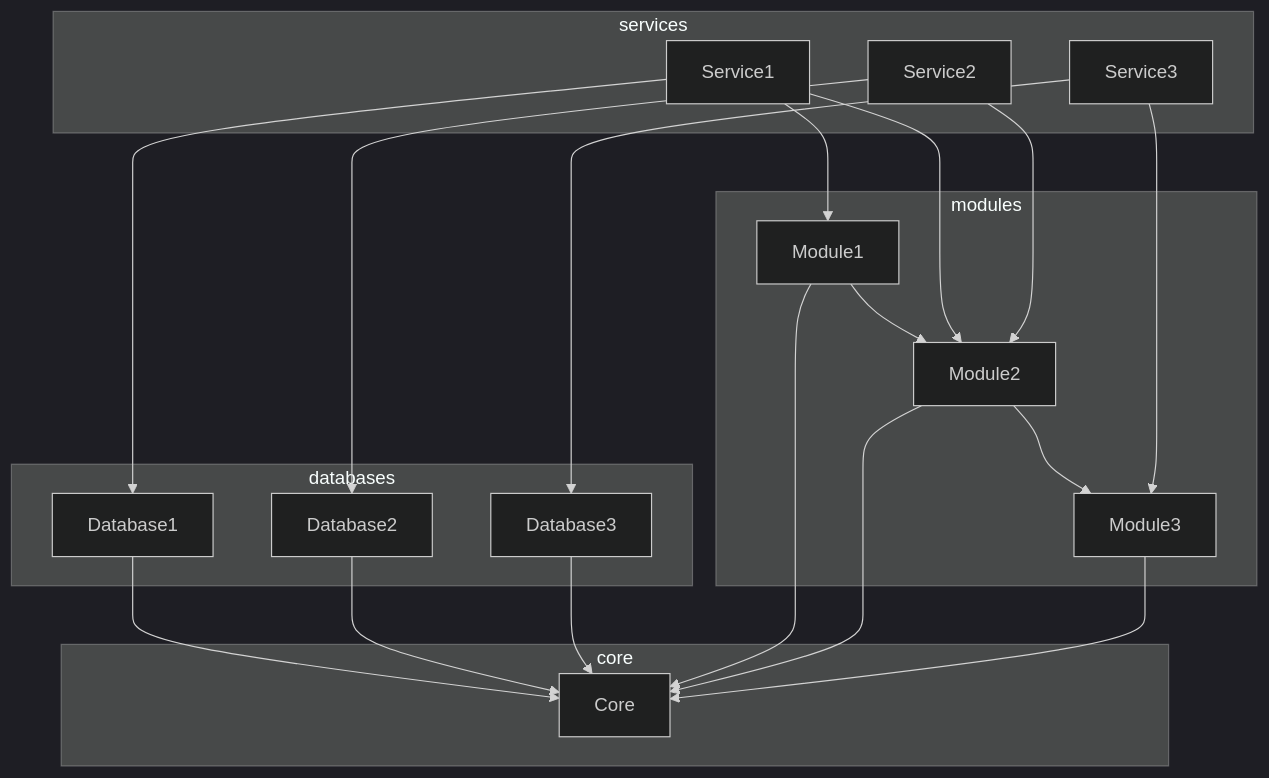
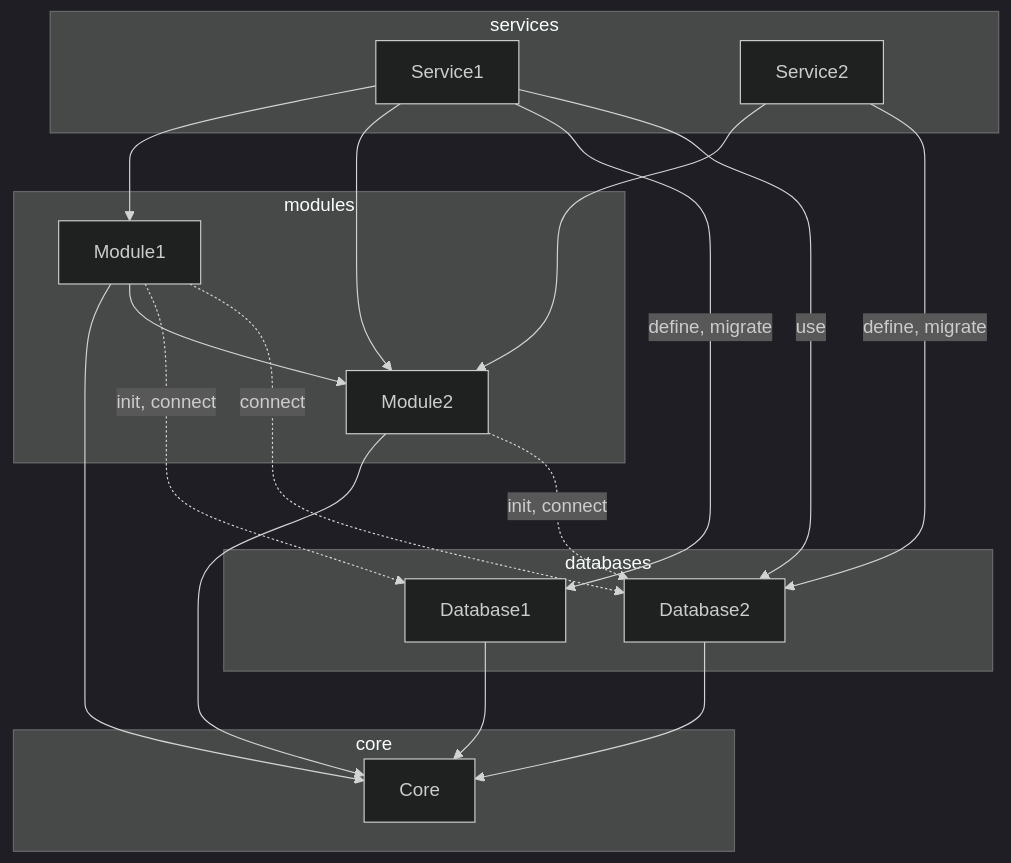
The first of 7 diagrams in README.md (funkrusher/fk-framework-quarkus-jooq), drawn with Mermaid (dark theme) before and after one commit.

Commit message:
overview
overview

````diff
--- a/README.md
+++ b/README.md
@@ -36,27 +36,26 @@
 ```mermaid
 graph TD;
 subgraph core
 Core
 end
 subgraph databases
 Database1 --> Core
 Database2 --> Core
-Database3 --> Core
 end
 subgraph modules
 Module1 --> Core
 Module2 --> Core
-Module3 --> Core
 Module1 --> Module2
-Module2 --> Module3
+Module1 -.->|init, connect| Database1
+Module1 -.->|connect| Database2
+Module2 -.->|init, connect| Database2
 end
 subgraph services
 Service1 --> Module1
 Service1 --> Module2
-Service1 --> Database1
+Service1 -->|define, migrate| Database1
+Service1 -->|use| Database2
 Service2 --> Module2
-Service2 --> Database2
-Service3 --> Module3
-Service3 --> Database3
+Service2 -->|define, migrate| Database2
 end
 ```
````
